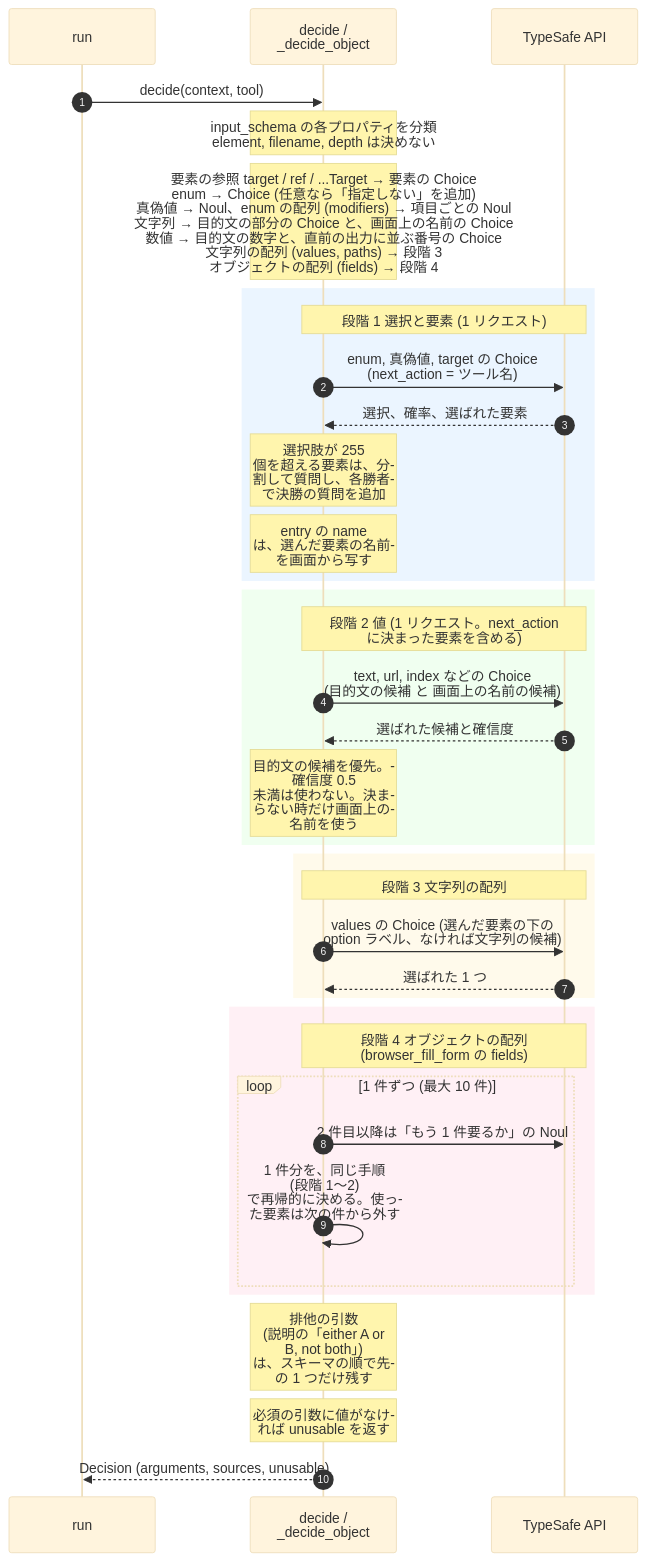
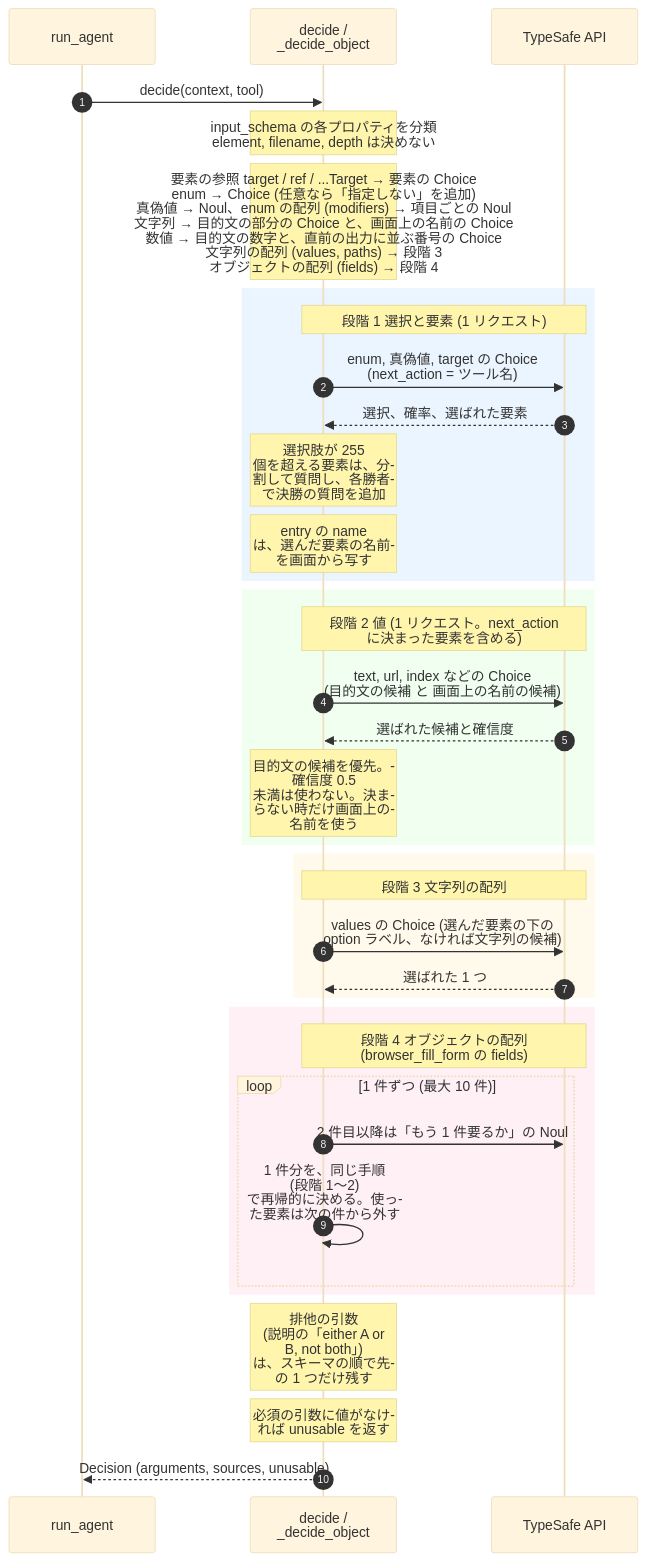
Before and after one commit to aRaikoFunakami/typesafe-auto-browsing: the fifth of 6 diagrams in docs/architecture.md, drawn with Mermaid (base theme). The commit also changed other lines of this file and 10 other files, not shown here.

````diff
--- a/docs/architecture.md
+++ b/docs/architecture.md
@@ -311,52 +311,52 @@
 ```mermaid
 ---
 config:
   sequence:
     wrap: true
     width: 170
     messageMargin: 28
     noteMargin: 8
 ---
 sequenceDiagram
     autonumber
-    participant AG as run
+    participant AG as run_agent
     participant AR as decide / _decide_object
     participant TS as TypeSafe API
 
     AG->>AR: decide(context, tool)
     Note over AR: input_schema の各プロパティを分類<br/>element, filename, depth は決めない
     Note over AR: 要素の参照 target / ref / ...Target → 要素の Choice<br/>enum → Choice (任意なら「指定しない」を追加)<br/>真偽値 → Noul、enum の配列 (modifiers) → 項目ごとの Noul<br/>文字列 → 目的文の部分の Choice と、画面上の名前の Choice<br/>数値 → 目的文の数字と、直前の出力に並ぶ番号の Choice<br/>文字列の配列 (values, paths) → 段階 3<br/>オブジェクトの配列 (fields) → 段階 4
 
     rect rgb(235, 245, 255)
     Note over AR,TS: 段階 1 選択と要素 (1 リクエスト)
     AR->>TS: enum, 真偽値, target の Choice (next_action = ツール名)
     TS-->>AR: 選択、確率、選ばれた要素
     Note over AR: 選択肢が 255 個を超える要素は、分割して質問し、各勝者で決勝の質問を追加
     Note over AR: entry の name は、選んだ要素の名前を画面から写す
     end
 
     rect rgb(240, 255, 240)
     Note over AR,TS: 段階 2 値 (1 リクエスト。next_action に決まった要素を含める)
     AR->>TS: text, url, index などの Choice (目的文の候補 と 画面上の名前の候補)
     TS-->>AR: 選ばれた候補と確信度
     Note over AR: 目的文の候補を優先。確信度 0.5 未満は使わない。決まらない時だけ画面上の名前を使う
     end
 
     rect rgb(255, 250, 235)
     Note over AR,TS: 段階 3 文字列の配列
     AR->>TS: values の Choice (選んだ要素の下の option ラベル、なければ文字列の候補)
     TS-->>AR: 選ばれた 1 つ
     end
 
     rect rgb(255, 240, 245)
     Note over AR,TS: 段階 4 オブジェクトの配列 (browser_fill_form の fields)
     loop 1 件ずつ (最大 10 件)
         AR->>TS: 2 件目以降は「もう 1 件要るか」の Noul
         AR->>AR: 1 件分を、同じ手順 (段階 1〜2) で再帰的に決める。使った要素は次の件から外す
     end
     end
 
     Note over AR: 排他の引数 (説明の「either A or B, not both」) は、スキーマの順で先の 1 つだけ残す
     Note over AR: 必須の引数に値がなければ unusable を返す
     AR-->>AG: Decision (arguments, sources, unusable)
 ```
````
